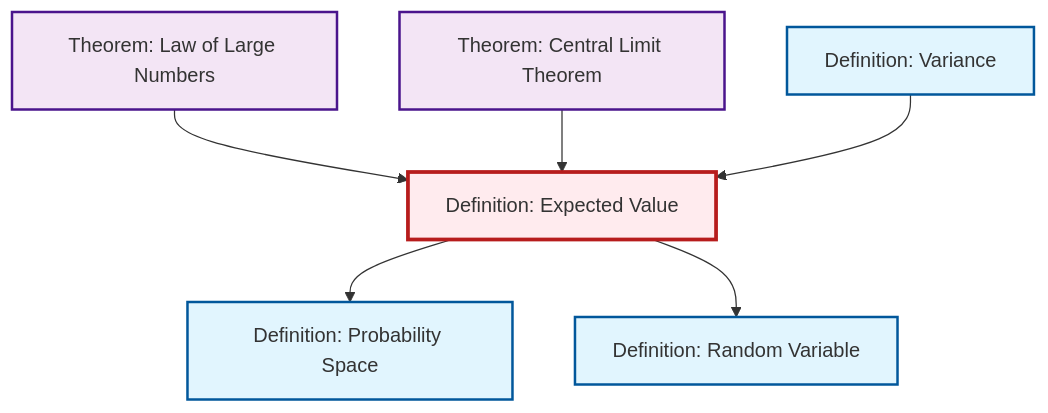
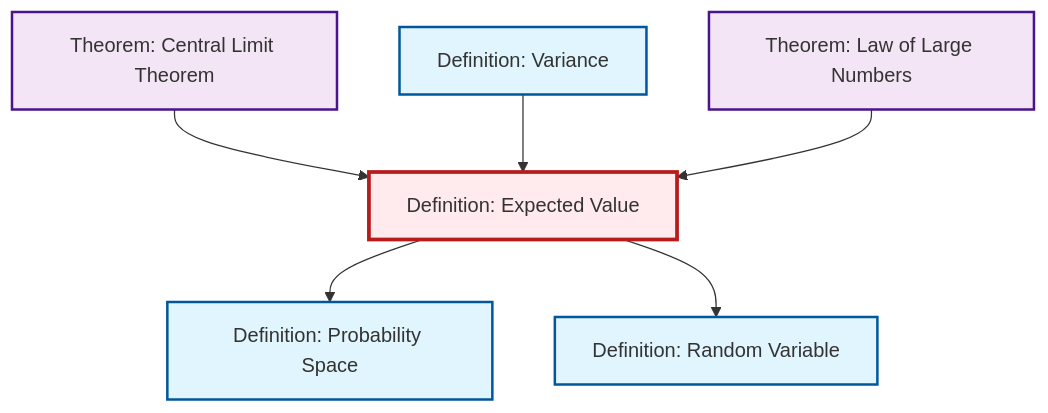
One commit to RK0429/ModernMath changed the second of 2 diagrams in content/ja/probability-statistics/def-expectation.qmd. Above: the diagram before and after it, drawn with Mermaid. The commit also changed other lines of this file and 597 other files, not shown here.

````diff
--- a/content/ja/probability-statistics/def-expectation.qmd
+++ b/content/ja/probability-statistics/def-expectation.qmd
@@ -88,26 +88,26 @@
 ```{mermaid}
 %%| fig-cap: "Local dependency graph"
 graph TD
     classDef definition fill:#e1f5fe,stroke:#01579b,stroke-width:2px
     classDef theorem fill:#f3e5f5,stroke:#4a148c,stroke-width:2px
     classDef axiom fill:#fff3e0,stroke:#e65100,stroke-width:2px
     classDef example fill:#e8f5e9,stroke:#1b5e20,stroke-width:2px
     classDef current fill:#ffebee,stroke:#b71c1c,stroke-width:3px
     def-probability-space["Definition: Probability Space"]:::definition
-    thm-central-limit["Theorem: Central Limit Theorem"]:::theorem
+    thm-law-of-large-numbers["Theorem: Law of Large Numbers"]:::theorem
     def-variance["Definition: Variance"]:::definition
     def-expectation["Definition: Expected Value"]:::definition
-    thm-law-of-large-numbers["Theorem: Law of Large Numbers"]:::theorem
     def-random-variable["Definition: Random Variable"]:::definition
+    thm-central-limit["Theorem: Central Limit Theorem"]:::theorem
+    thm-central-limit --> def-expectation
+    def-variance --> def-expectation
     thm-law-of-large-numbers --> def-expectation
     def-expectation --> def-probability-space
-    thm-central-limit --> def-expectation
     def-expectation --> def-random-variable
-    def-variance --> def-expectation
     class def-expectation current
     click def-probability-space "def-probability-space.html" "Definition: Probability Spaceへ"
+    click thm-law-of-large-numbers "thm-law-of-large-numbers.html" "Theorem: Law of Large Numbersへ"
+    click def-variance "def-variance.html" "Definition: Varianceへ"
+    click def-random-variable "def-random-variable.html" "Definition: Random Variableへ"
     click thm-central-limit "thm-central-limit.html" "Theorem: Central Limit Theoremへ"
-    click def-variance "def-variance.html" "Definition: Varianceへ"
-    click thm-law-of-large-numbers "thm-law-of-large-numbers.html" "Theorem: Law of Large Numbersへ"
-    click def-random-variable "def-random-variable.html" "Definition: Random Variableへ"
 ```
````
